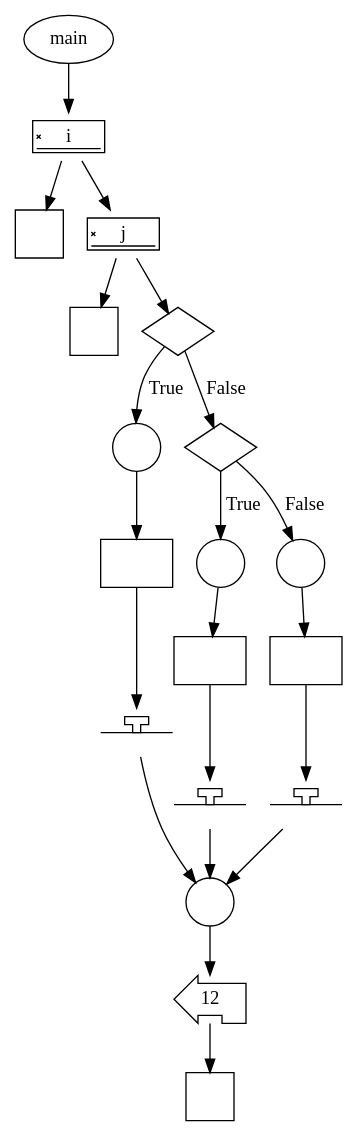
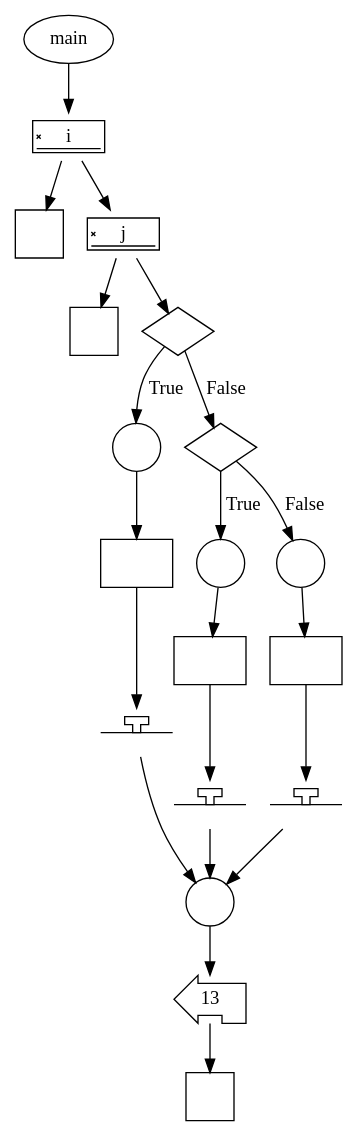
One commit to gakkungithub/rpg-aquatan-C changed the diagram in data/ifstatement/ifstatement.dot. Above: the diagram before and after it, drawn with Graphviz. The commit also changed 12 other files, not shown here.

```diff
--- a/data/ifstatement/ifstatement.dot
+++ b/data/ifstatement/ifstatement.dot
@@ -1,127 +1,127 @@
 digraph {
 	graph [bb="0,0,243,832"];
 	node [label="\N"];
-	"1eeea963-1631-4a6a-97fa-c044b0101de1"	[height=0.5,
+	"7bb1775f-007c-4da9-bce4-c0f133bb7555"	[height=0.5,
 		label=main,
 		pos="30,814",
 		shape=ellipse,
 		width=0.82932];
-	"7a3ec296-ba97-4e03-90a8-6ffc58250336"	[height=0.5,
+	"8ba4bf45-3893-4aad-a12a-a8213f247881"	[height=0.5,
 		label=i,
 		pos="30,741",
 		shape=signature,
 		width=0.75];
-	"1eeea963-1631-4a6a-97fa-c044b0101de1" -> "7a3ec296-ba97-4e03-90a8-6ffc58250336"	[pos="e,30,759.03 30,795.81 30,788.23 30,779.1 30,770.54"];
-	"efbe49ea-b7e0-495b-994d-f8d6893d108f"	[height=0.5,
+	"7bb1775f-007c-4da9-bce4-c0f133bb7555" -> "8ba4bf45-3893-4aad-a12a-a8213f247881"	[pos="e,30,759.03 30,795.81 30,788.23 30,779.1 30,770.54"];
+	"9dd492e3-2ebf-44ac-92b4-38bc4012a8ed"	[height=0.5,
 		label="",
 		pos="18,668",
 		shape=square,
 		width=0.5];
-	"7a3ec296-ba97-4e03-90a8-6ffc58250336" -> "efbe49ea-b7e0-495b-994d-f8d6893d108f"	[pos="e,20.878,686.03 27.095,722.81 25.798,715.14 24.235,705.89 22.774,697.24"];
-	"a9d35dd5-e1b9-4e44-8b35-e2d57a0dbd8b"	[height=0.5,
+	"8ba4bf45-3893-4aad-a12a-a8213f247881" -> "9dd492e3-2ebf-44ac-92b4-38bc4012a8ed"	[pos="e,20.878,686.03 27.095,722.81 25.798,715.14 24.235,705.89 22.774,697.24"];
+	"9b5f83bb-0b79-4ce8-8ad1-ee584918b471"	[height=0.5,
 		label=j,
 		pos="81,668",
 		shape=signature,
 		width=0.75];
-	"7a3ec296-ba97-4e03-90a8-6ffc58250336" -> "a9d35dd5-e1b9-4e44-8b35-e2d57a0dbd8b"	[pos="e,68.768,686.03 42.346,722.81 48.297,714.53 55.564,704.41 62.185,695.19"];
-	"3ae01ec7-d24f-46ea-a9f8-d7e9d5a22eb2"	[height=0.5,
+	"8ba4bf45-3893-4aad-a12a-a8213f247881" -> "9b5f83bb-0b79-4ce8-8ad1-ee584918b471"	[pos="e,68.768,686.03 42.346,722.81 48.297,714.53 55.564,704.41 62.185,695.19"];
+	"91a39285-b8b8-4401-ac7f-0284dca2e2f1"	[height=0.5,
 		label="",
 		pos="59,595",
 		shape=square,
 		width=0.5];
-	"a9d35dd5-e1b9-4e44-8b35-e2d57a0dbd8b" -> "3ae01ec7-d24f-46ea-a9f8-d7e9d5a22eb2"	[pos="e,64.277,613.03 75.674,649.81 73.269,642.05 70.366,632.68 67.661,623.95"];
-	"fdaad729-a095-41fa-9e5a-4660615873f1"	[height=0.5,
+	"9b5f83bb-0b79-4ce8-8ad1-ee584918b471" -> "91a39285-b8b8-4401-ac7f-0284dca2e2f1"	[pos="e,64.277,613.03 75.674,649.81 73.269,642.05 70.366,632.68 67.661,623.95"];
+	"1fe1326e-c836-45fb-98bb-e97672fc2e4d"	[height=0.5,
 		label="",
 		pos="122,595",
 		shape=diamond,
 		width=0.75];
-	"a9d35dd5-e1b9-4e44-8b35-e2d57a0dbd8b" -> "fdaad729-a095-41fa-9e5a-4660615873f1"	[pos="e,114.86,608.36 90.925,649.81 96.413,640.31 103.29,628.39 109.18,618.19"];
-	"07d422de-8c1b-4628-8233-a6e0a9ac4804"	[height=0.5,
+	"9b5f83bb-0b79-4ce8-8ad1-ee584918b471" -> "1fe1326e-c836-45fb-98bb-e97672fc2e4d"	[pos="e,114.86,608.36 90.925,649.81 96.413,640.31 103.29,628.39 109.18,618.19"];
+	"a91a89cb-8550-485a-b4fe-7d1e43183f18"	[height=0.5,
 		label="",
 		pos="89,506.5",
 		shape=circle,
 		width=0.5];
-	"fdaad729-a095-41fa-9e5a-4660615873f1" -> "07d422de-8c1b-4628-8233-a6e0a9ac4804"	[label=True,
+	"1fe1326e-c836-45fb-98bb-e97672fc2e4d" -> "a91a89cb-8550-485a-b4fe-7d1e43183f18"	[label=True,
 		lp="117.25,550.75",
 		pos="e,93.313,524.45 114.98,581.28 111.54,574.74 107.51,566.58 104.5,559 101.53,551.51 98.794,543.21 96.481,535.51"];
-	"3334ad0a-7219-4897-8d35-47b318628352"	[height=0.5,
+	"b7bcac6a-40f2-4d3f-ba95-6de8c47612ce"	[height=0.5,
 		label="",
 		pos="152,506.5",
 		shape=diamond,
 		width=0.75];
-	"fdaad729-a095-41fa-9e5a-4660615873f1" -> "3334ad0a-7219-4897-8d35-47b318628352"	[label=False,
+	"1fe1326e-c836-45fb-98bb-e97672fc2e4d" -> "b7bcac6a-40f2-4d3f-ba95-6de8c47612ce"	[label=False,
 		lp="153.94,550.75",
 		pos="e,147.14,521.52 126.95,579.72 131.41,566.87 138.05,547.71 143.38,532.35"];
-	"7faec754-719e-4f54-9348-427d28a3101b"	[height=0.5,
+	"6f07b7e1-2047-4dc6-b28d-08f2283f24b2"	[height=0.5,
 		label="",
 		pos="89,418",
 		shape=rect,
 		width=0.75];
-	"07d422de-8c1b-4628-8233-a6e0a9ac4804" -> "7faec754-719e-4f54-9348-427d28a3101b"	[pos="e,89,436.35 89,488.41 89,476.76 89,461.05 89,447.52"];
-	"00ae6007-6586-4506-a385-bedb474f7be9"	[height=0.5,
+	"a91a89cb-8550-485a-b4fe-7d1e43183f18" -> "6f07b7e1-2047-4dc6-b28d-08f2283f24b2"	[pos="e,89,436.35 89,488.41 89,476.76 89,461.05 89,447.52"];
+	"1f05fe38-2acf-43cb-9ce7-53ddffe14062"	[height=0.5,
 		label="",
 		pos="89,291",
 		shape=terminator,
 		width=0.75];
-	"7faec754-719e-4f54-9348-427d28a3101b" -> "00ae6007-6586-4506-a385-bedb474f7be9"	[pos="e,89,309.23 89,399.62 89,379.19 89,344.99 89,320.62"];
-	"f9bc6fe9-48ab-42e1-b5f4-3141996f5cc6"	[height=0.5,
+	"6f07b7e1-2047-4dc6-b28d-08f2283f24b2" -> "1f05fe38-2acf-43cb-9ce7-53ddffe14062"	[pos="e,89,309.23 89,399.62 89,379.19 89,344.99 89,320.62"];
+	"1afcef75-9e14-4330-9590-0f22d569c578"	[height=0.5,
 		label="",
 		pos="144,164",
 		shape=circle,
 		width=0.5];
-	"00ae6007-6586-4506-a385-bedb474f7be9" -> "f9bc6fe9-48ab-42e1-b5f4-3141996f5cc6"	[pos="e,133.2,178.48 92.018,272.53 94.945,257.82 100.11,236.44 108,219 112.91,208.14 119.91,197.04 126.43,187.75"];
-	"e63ba168-c498-404f-9efd-53f758ec577c"	[height=0.5,
+	"1f05fe38-2acf-43cb-9ce7-53ddffe14062" -> "1afcef75-9e14-4330-9590-0f22d569c578"	[pos="e,133.2,178.48 92.018,272.53 94.945,257.82 100.11,236.44 108,219 112.91,208.14 119.91,197.04 126.43,187.75"];
+	"82592370-e176-498c-bf24-8e853bf2415c"	[height=0.5,
 		label="",
 		pos="152,418",
 		shape=circle,
 		width=0.5];
-	"3334ad0a-7219-4897-8d35-47b318628352" -> "e63ba168-c498-404f-9efd-53f758ec577c"	[label=True,
+	"b7bcac6a-40f2-4d3f-ba95-6de8c47612ce" -> "82592370-e176-498c-bf24-8e853bf2415c"	[label=True,
 		lp="164.75,462.25",
 		pos="e,152,436.48 152,488 152,476.51 152,461.2 152,447.93"];
-	"fae33d56-5798-4012-b362-4a2b010a1f22"	[height=0.5,
+	"908e8d23-fd9a-415c-8127-2f71342130db"	[height=0.5,
 		label="",
 		pos="211,418",
 		shape=circle,
 		width=0.5];
-	"3334ad0a-7219-4897-8d35-47b318628352" -> "fae33d56-5798-4012-b362-4a2b010a1f22"	[label=False,
+	"b7bcac6a-40f2-4d3f-ba95-6de8c47612ce" -> "908e8d23-fd9a-415c-8127-2f71342130db"	[label=False,
 		lp="205.06,462.25",
 		pos="e,202.97,434.28 161.89,494.52 167.74,487.8 175.13,478.91 181,470.5 186.81,462.18 192.58,452.67 197.48,444.11"];
-	"ac808577-3cbf-4585-b7e2-3930c13c296e"	[height=0.5,
+	"ecbc8261-b0cc-4913-9380-7ff3aa2b5460"	[height=0.5,
 		label="",
 		pos="144,345",
 		shape=rect,
 		width=0.75];
-	"e63ba168-c498-404f-9efd-53f758ec577c" -> "ac808577-3cbf-4585-b7e2-3930c13c296e"	[pos="e,145.92,363.03 150.06,399.81 149.2,392.14 148.16,382.89 147.18,374.24"];
-	"48c9469f-9405-441d-a481-02249e60995e"	[height=0.5,
+	"82592370-e176-498c-bf24-8e853bf2415c" -> "ecbc8261-b0cc-4913-9380-7ff3aa2b5460"	[pos="e,145.92,363.03 150.06,399.81 149.2,392.14 148.16,382.89 147.18,374.24"];
+	"384dd053-876a-4aae-88f1-b0c897afa096"	[height=0.5,
 		label="",
 		pos="144,237",
 		shape=terminator,
 		width=0.75];
-	"ac808577-3cbf-4585-b7e2-3930c13c296e" -> "48c9469f-9405-441d-a481-02249e60995e"	[pos="e,144,255.34 144,326.97 144,310.76 144,286.06 144,266.79"];
-	"48c9469f-9405-441d-a481-02249e60995e" -> "f9bc6fe9-48ab-42e1-b5f4-3141996f5cc6"	[pos="e,144,182.03 144,218.81 144,211.23 144,202.1 144,193.54"];
-	"bc2ebc50-0eca-45f3-9fe1-9a21abb4b412"	[height=0.5,
+	"ecbc8261-b0cc-4913-9380-7ff3aa2b5460" -> "384dd053-876a-4aae-88f1-b0c897afa096"	[pos="e,144,255.34 144,326.97 144,310.76 144,286.06 144,266.79"];
+	"384dd053-876a-4aae-88f1-b0c897afa096" -> "1afcef75-9e14-4330-9590-0f22d569c578"	[pos="e,144,182.03 144,218.81 144,211.23 144,202.1 144,193.54"];
+	"2bdcfda9-48eb-4bcf-8507-144ae8b12cb1"	[height=0.5,
 		label="",
 		pos="216,345",
 		shape=rect,
 		width=0.75];
-	"fae33d56-5798-4012-b362-4a2b010a1f22" -> "bc2ebc50-0eca-45f3-9fe1-9a21abb4b412"	[pos="e,214.8,363.03 212.21,399.81 212.75,392.14 213.4,382.89 214.01,374.24"];
-	"edea40e1-673e-4b40-bce5-362341bda3d0"	[height=0.5,
+	"908e8d23-fd9a-415c-8127-2f71342130db" -> "2bdcfda9-48eb-4bcf-8507-144ae8b12cb1"	[pos="e,214.8,363.03 212.21,399.81 212.75,392.14 213.4,382.89 214.01,374.24"];
+	"0a596f2a-9edf-42fb-b888-7ba303dccd63"	[height=0.5,
 		label="",
 		pos="216,237",
 		shape=terminator,
 		width=0.75];
-	"bc2ebc50-0eca-45f3-9fe1-9a21abb4b412" -> "edea40e1-673e-4b40-bce5-362341bda3d0"	[pos="e,216,255.34 216,326.97 216,310.76 216,286.06 216,266.79"];
-	"edea40e1-673e-4b40-bce5-362341bda3d0" -> "f9bc6fe9-48ab-42e1-b5f4-3141996f5cc6"	[pos="e,156.53,177.36 198.57,218.81 188.32,208.71 175.32,195.88 164.57,185.28"];
-	"c4c966f5-f5b3-4903-9c37-7c8b8d368336"	[height=0.5,
-		label=12,
+	"2bdcfda9-48eb-4bcf-8507-144ae8b12cb1" -> "0a596f2a-9edf-42fb-b888-7ba303dccd63"	[pos="e,216,255.34 216,326.97 216,310.76 216,286.06 216,266.79"];
+	"0a596f2a-9edf-42fb-b888-7ba303dccd63" -> "1afcef75-9e14-4330-9590-0f22d569c578"	[pos="e,156.53,177.36 198.57,218.81 188.32,208.71 175.32,195.88 164.57,185.28"];
+	"d0b29933-080a-4f52-b5d1-2d62b30d5f6a"	[height=0.5,
+		label=13,
 		pos="144,91",
 		shape=lpromoter,
 		width=0.75];
-	"f9bc6fe9-48ab-42e1-b5f4-3141996f5cc6" -> "c4c966f5-f5b3-4903-9c37-7c8b8d368336"	[pos="e,144,109.03 144,145.81 144,138.23 144,129.1 144,120.54"];
-	"e2a30f95-065a-4ff4-a2d2-8690e4d28fdc"	[height=0.5,
+	"1afcef75-9e14-4330-9590-0f22d569c578" -> "d0b29933-080a-4f52-b5d1-2d62b30d5f6a"	[pos="e,144,109.03 144,145.81 144,138.23 144,129.1 144,120.54"];
+	"44d09e6e-4e7e-42b1-9098-cf1fc5417966"	[height=0.5,
 		label="",
 		pos="144,18",
 		shape=square,
 		width=0.5];
-	"c4c966f5-f5b3-4903-9c37-7c8b8d368336" -> "e2a30f95-065a-4ff4-a2d2-8690e4d28fdc"	[pos="e,144,36.029 144,72.813 144,65.226 144,56.101 144,47.539"];
+	"d0b29933-080a-4f52-b5d1-2d62b30d5f6a" -> "44d09e6e-4e7e-42b1-9098-cf1fc5417966"	[pos="e,144,36.029 144,72.813 144,65.226 144,56.101 144,47.539"];
 }
```
